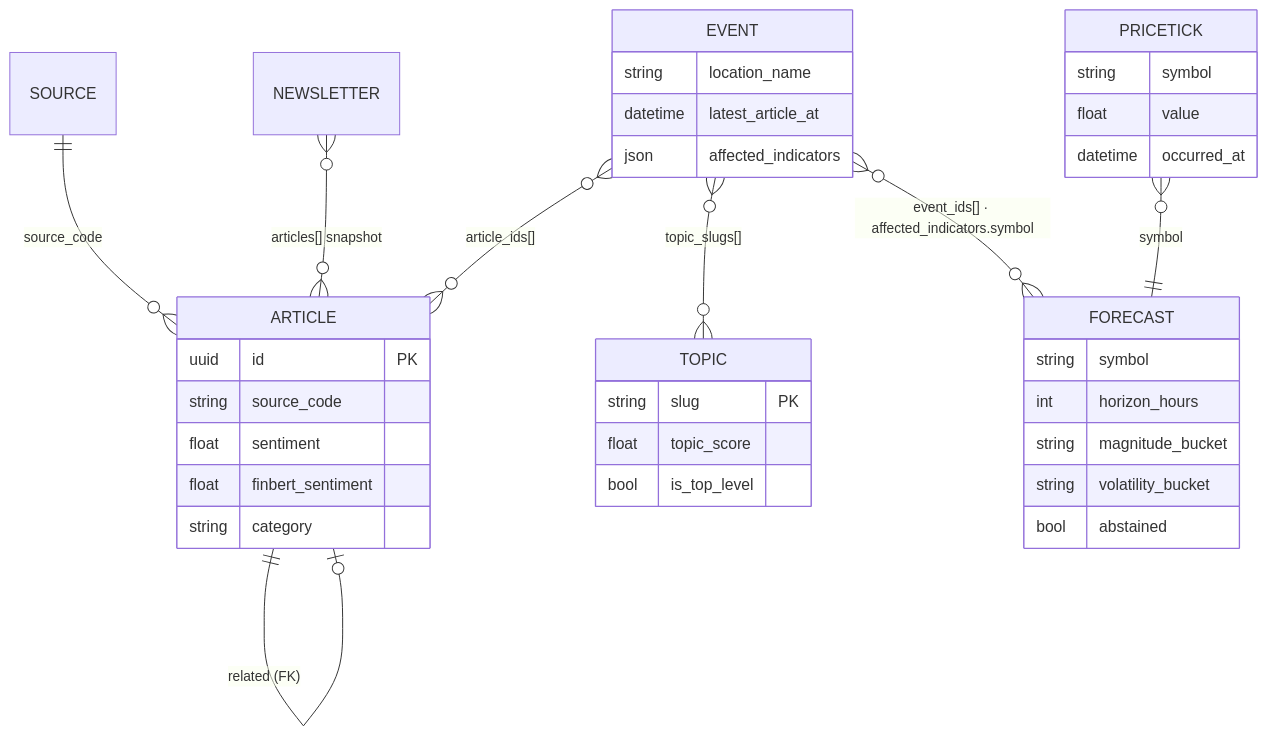
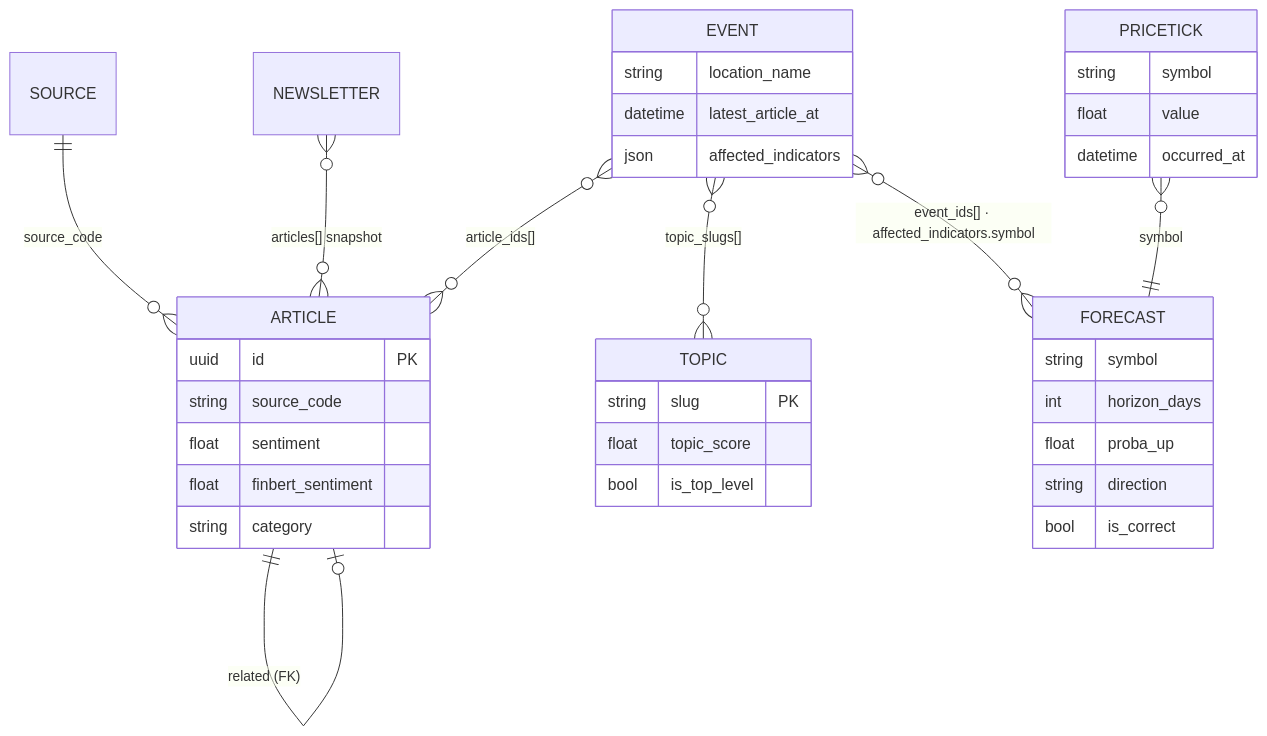
The first of 2 diagrams in docs/data-model.md (jameelhamdan/event-horizon), drawn with Mermaid before and after one commit. The commit also changed other lines of this file and 28 other files, not shown here.

````diff
--- a/docs/data-model.md
+++ b/docs/data-model.md
@@ -23,40 +23,40 @@
 ```mermaid
 erDiagram
     SOURCE  ||--o{ ARTICLE : "source_code"
     ARTICLE ||--o| ARTICLE : "related (FK)"
     EVENT   }o--o{ ARTICLE : "article_ids[]"
     EVENT   }o--o{ TOPIC : "topic_slugs[]"
     EVENT   }o--o{ FORECAST : "event_ids[] · affected_indicators.symbol"
     PRICETICK }o--|| FORECAST : "symbol"
     NEWSLETTER }o--o{ ARTICLE : "articles[] snapshot"
 
     ARTICLE {
         uuid id PK
         string source_code
         float sentiment
         float finbert_sentiment
         string category
     }
     EVENT {
         string location_name
         datetime latest_article_at
         json affected_indicators
     }
     FORECAST {
         string symbol
-        int horizon_hours
-        string magnitude_bucket
-        string volatility_bucket
-        bool abstained
+        int horizon_days
+        float proba_up
+        string direction
+        bool is_correct
     }
     TOPIC {
         string slug PK
         float topic_score
         bool is_top_level
     }
     PRICETICK {
         string symbol
         float value
         datetime occurred_at
     }
 ```
````
